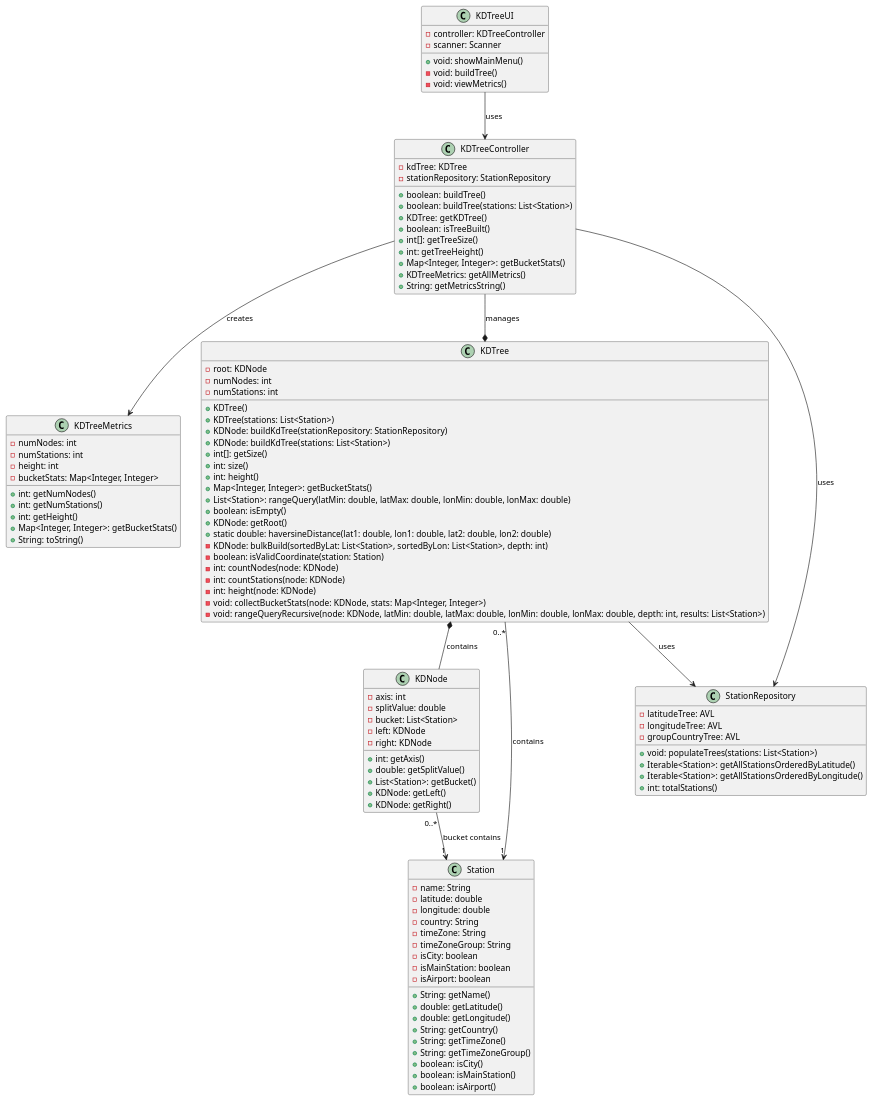
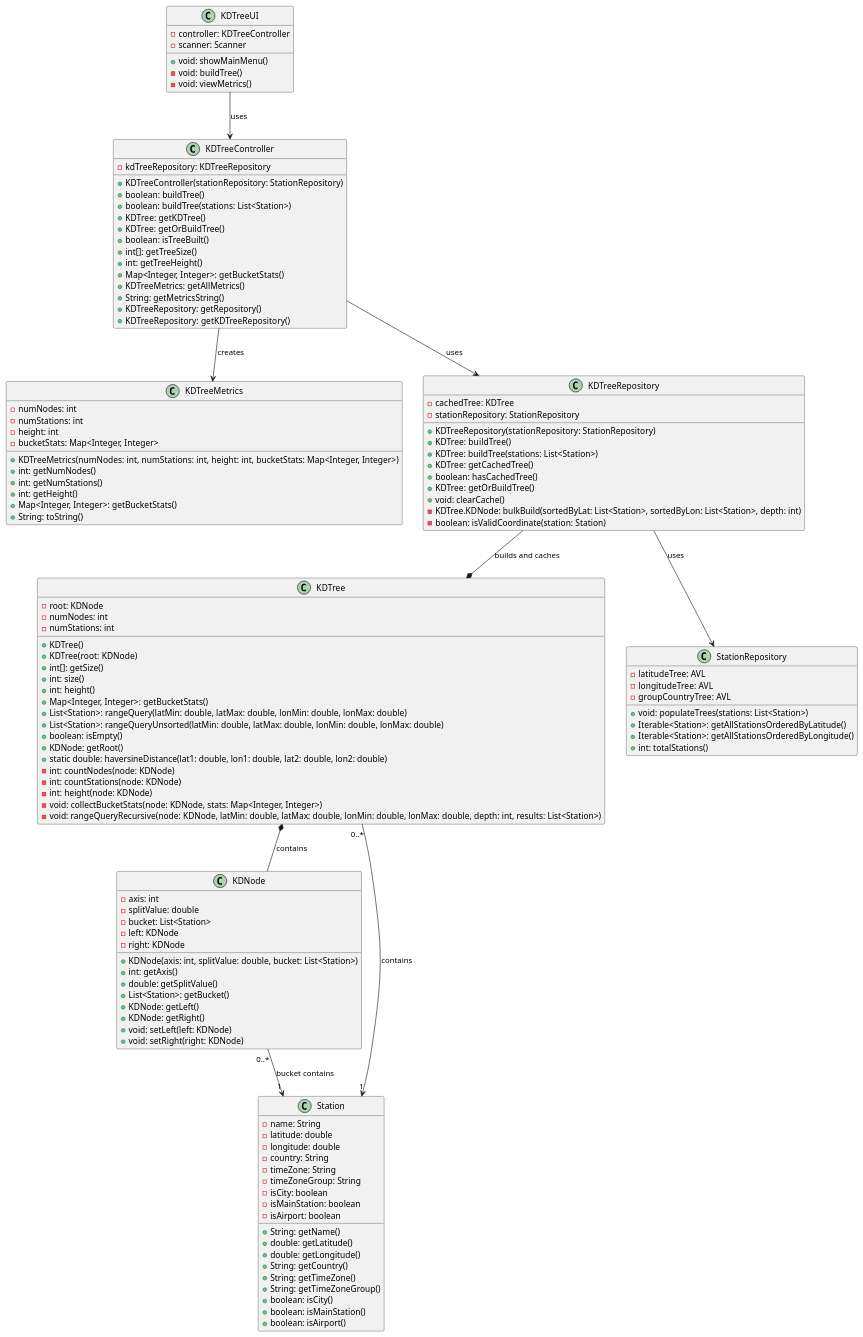
One commit to Andremonteiro1240850/RailwayNetwork changed the diagram in doc/USEI07/ClassDiagram.puml. Above: the diagram before and after it, drawn with PlantUML. The commit also changed 3 other files, not shown here.

```diff
--- a/doc/USEI07/ClassDiagram.puml
+++ b/doc/USEI07/ClassDiagram.puml
@@ -1,129 +1,147 @@
 @startuml
 'https://plantuml.com/class-diagram
 
 
     class KDTreeUI {
         - controller: KDTreeController
         - scanner: Scanner
         + void: showMainMenu()
         - void: buildTree()
         - void: viewMetrics()
     }
 
 
 
     class KDTreeController {
-        - kdTree: KDTree
-        - stationRepository: StationRepository
+        - kdTreeRepository: KDTreeRepository
+        + KDTreeController(stationRepository: StationRepository)
         + boolean: buildTree()
         + boolean: buildTree(stations: List<Station>)
         + KDTree: getKDTree()
+        + KDTree: getOrBuildTree()
         + boolean: isTreeBuilt()
         + int[]: getTreeSize()
         + int: getTreeHeight()
         + Map<Integer, Integer>: getBucketStats()
         + KDTreeMetrics: getAllMetrics()
         + String: getMetricsString()
+        + KDTreeRepository: getRepository()
+        + KDTreeRepository: getKDTreeRepository()
     }
     
     class KDTreeMetrics {
         - numNodes: int
         - numStations: int
         - height: int
         - bucketStats: Map<Integer, Integer>
+        + KDTreeMetrics(numNodes: int, numStations: int, height: int, bucketStats: Map<Integer, Integer>)
         + int: getNumNodes()
         + int: getNumStations()
         + int: getHeight()
         + Map<Integer, Integer>: getBucketStats()
         + String: toString()
     }
 
 
 
     class KDTree {
         - root: KDNode
         - numNodes: int
         - numStations: int
         + KDTree()
-        + KDTree(stations: List<Station>)
-        + KDNode: buildKdTree(stationRepository: StationRepository)
-        + KDNode: buildKdTree(stations: List<Station>)
+        + KDTree(root: KDNode)
         + int[]: getSize()
         + int: size()
         + int: height()
         + Map<Integer, Integer>: getBucketStats()
         + List<Station>: rangeQuery(latMin: double, latMax: double, lonMin: double, lonMax: double)
+        + List<Station>: rangeQueryUnsorted(latMin: double, latMax: double, lonMin: double, lonMax: double)
         + boolean: isEmpty()
         + KDNode: getRoot()
         + static double: haversineDistance(lat1: double, lon1: double, lat2: double, lon2: double)
-        - KDNode: bulkBuild(sortedByLat: List<Station>, sortedByLon: List<Station>, depth: int)
-        - boolean: isValidCoordinate(station: Station)
         - int: countNodes(node: KDNode)
         - int: countStations(node: KDNode)
         - int: height(node: KDNode)
         - void: collectBucketStats(node: KDNode, stats: Map<Integer, Integer>)
         - void: rangeQueryRecursive(node: KDNode, latMin: double, latMax: double, lonMin: double, lonMax: double, depth: int, results: List<Station>)
     }
     
     class KDNode {
         - axis: int
         - splitValue: double
         - bucket: List<Station>
         - left: KDNode
         - right: KDNode
+        + KDNode(axis: int, splitValue: double, bucket: List<Station>)
         + int: getAxis()
         + double: getSplitValue()
         + List<Station>: getBucket()
         + KDNode: getLeft()
         + KDNode: getRight()
+        + void: setLeft(left: KDNode)
+        + void: setRight(right: KDNode)
     }
     
     class Station {
         - name: String
         - latitude: double
         - longitude: double
         - country: String
         - timeZone: String
         - timeZoneGroup: String
         - isCity: boolean
         - isMainStation: boolean
         - isAirport: boolean
         + String: getName()
         + double: getLatitude()
         + double: getLongitude()
         + String: getCountry()
         + String: getTimeZone()
         + String: getTimeZoneGroup()
         + boolean: isCity()
         + boolean: isMainStation()
         + boolean: isAirport()
     }
 
 
+    class KDTreeRepository {
+        - cachedTree: KDTree
+        - stationRepository: StationRepository
+        + KDTreeRepository(stationRepository: StationRepository)
+        + KDTree: buildTree()
+        + KDTree: buildTree(stations: List<Station>)
+        + KDTree: getCachedTree()
+        + boolean: hasCachedTree()
+        + KDTree: getOrBuildTree()
+        + void: clearCache()
+        - KDTree.KDNode: bulkBuild(sortedByLat: List<Station>, sortedByLon: List<Station>, depth: int)
+        - boolean: isValidCoordinate(station: Station)
+    }
+
     class StationRepository {
         - latitudeTree: AVL
         - longitudeTree: AVL
         - groupCountryTree: AVL
         + void: populateTrees(stations: List<Station>)
         + Iterable<Station>: getAllStationsOrderedByLatitude()
         + Iterable<Station>: getAllStationsOrderedByLongitude()
         + int: totalStations()
     }
 
 
 ' --- Relações ---
 KDTreeUI --> KDTreeController : uses
-KDTreeController --* KDTree : manages
-KDTreeController --> StationRepository : uses
+KDTreeController --> KDTreeRepository : uses
 KDTreeController --> KDTreeMetrics : creates
+KDTreeRepository --* KDTree : builds and caches
+KDTreeRepository --> StationRepository : uses
 KDTree "0..*" --> "1" Station : contains
 KDTree *-- KDNode : contains
 KDNode "0..*" --> "1" Station : bucket contains
-KDTree --> StationRepository : uses
 
-' Composição: KDTreeController possui KDTree
+' Composição: KDTreeRepository constrói e cacheia KDTree
 ' Cardinalidade: KDTree contém muitas Station através de KDNode buckets
-' KDTree usa StationRepository para obter dados ordenados (USEI06)
+' KDTreeRepository usa StationRepository (AVL trees de USEI06) para obter dados ordenados
 ' KDNode é uma classe interna estática de KDTree
 
 @enduml
```
